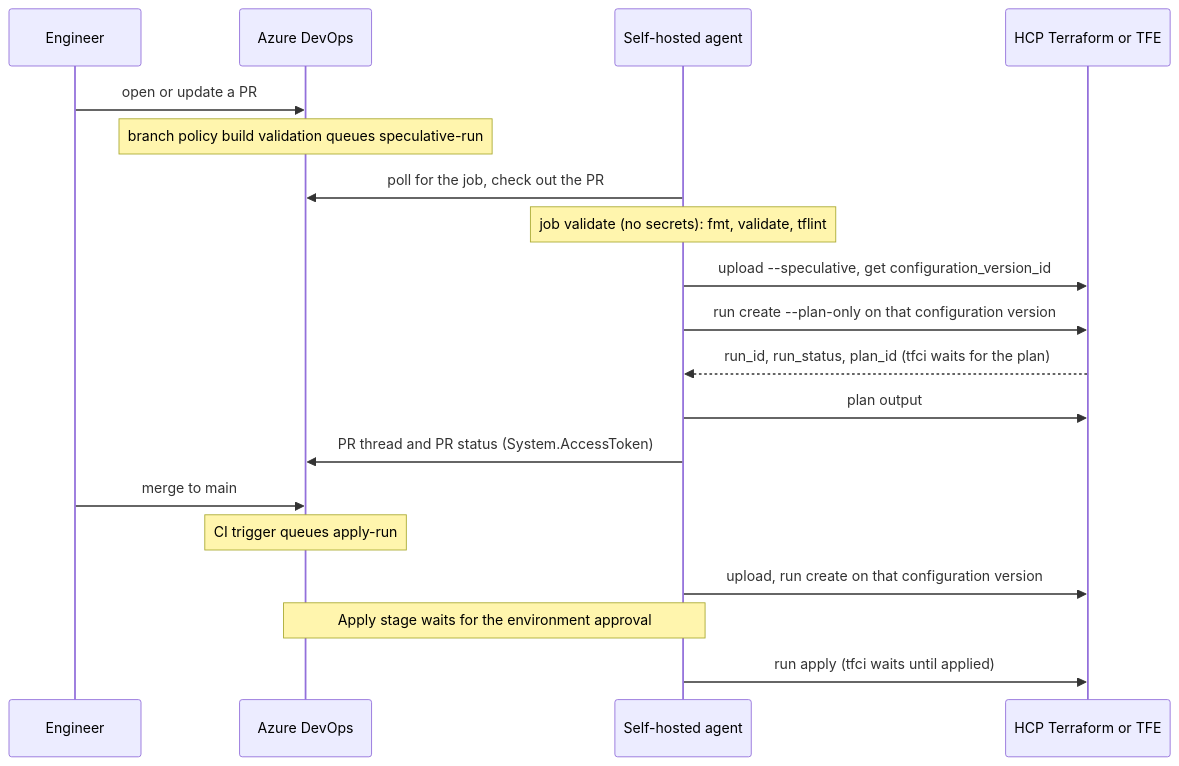
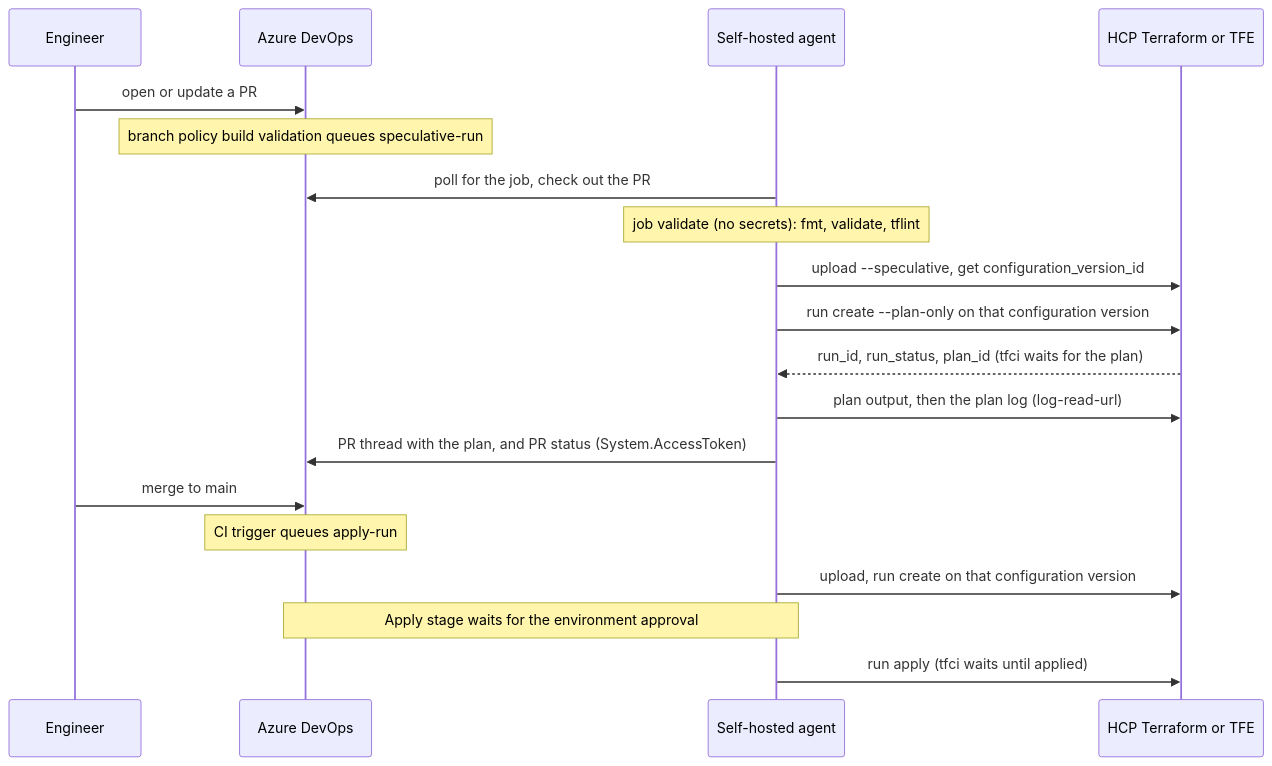
Before and after one commit to glimpsovstar/tfc-workflow-azdo: the diagram in README.md, drawn with Mermaid. The commit also changed other lines of this file and 21 other files, not shown here.

Commit message:
Tasks 10 and 11: applyMethod tfe (plan-only token, person confirms in TFE; lab-proven that a plan token cannot auto-apply or apply) and plan-log step (plan text in the pipeline log and, opt-in for PRs, the PR comment; logging commands neutralised); review fixes; docs and tests updated

````diff
--- a/README.md
+++ b/README.md
@@ -12,21 +14,21 @@
 ```mermaid
 sequenceDiagram
   participant Eng as Engineer
   participant ADO as Azure DevOps
   participant Agent as Self-hosted agent
   participant TFE as HCP Terraform or TFE
   Eng->>ADO: open or update a PR
   Note over ADO: branch policy build validation queues speculative-run
   Agent->>ADO: poll for the job, check out the PR
   Note over Agent: job validate (no secrets): fmt, validate, tflint
   Agent->>TFE: upload --speculative, get configuration_version_id
   Agent->>TFE: run create --plan-only on that configuration version
   TFE-->>Agent: run_id, run_status, plan_id (tfci waits for the plan)
-  Agent->>TFE: plan output
-  Agent->>ADO: PR thread and PR status (System.AccessToken)
+  Agent->>TFE: plan output, then the plan log (log-read-url)
+  Agent->>ADO: PR thread with the plan, and PR status (System.AccessToken)
   Eng->>ADO: merge to main
   Note over ADO: CI trigger queues apply-run
   Agent->>TFE: upload, run create on that configuration version
   Note over Agent,ADO: Apply stage waits for the environment approval
   Agent->>TFE: run apply (tfci waits until applied)
 ```
````
